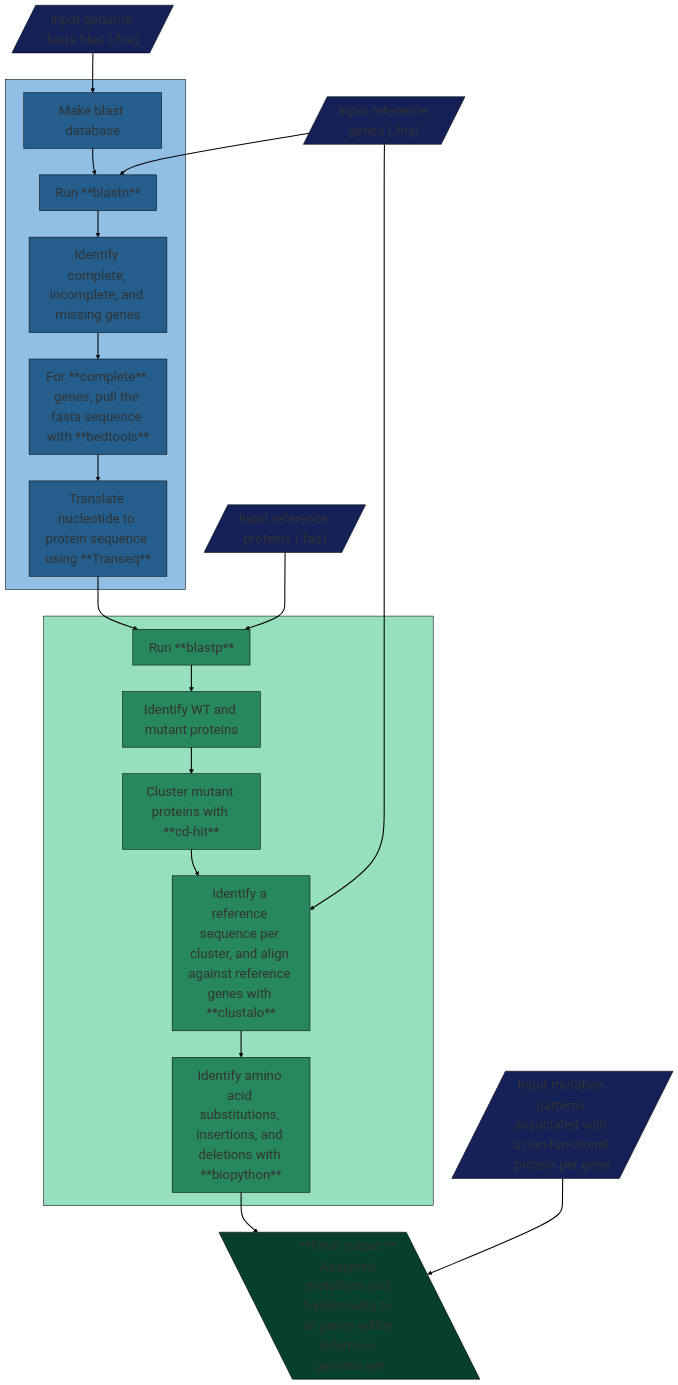
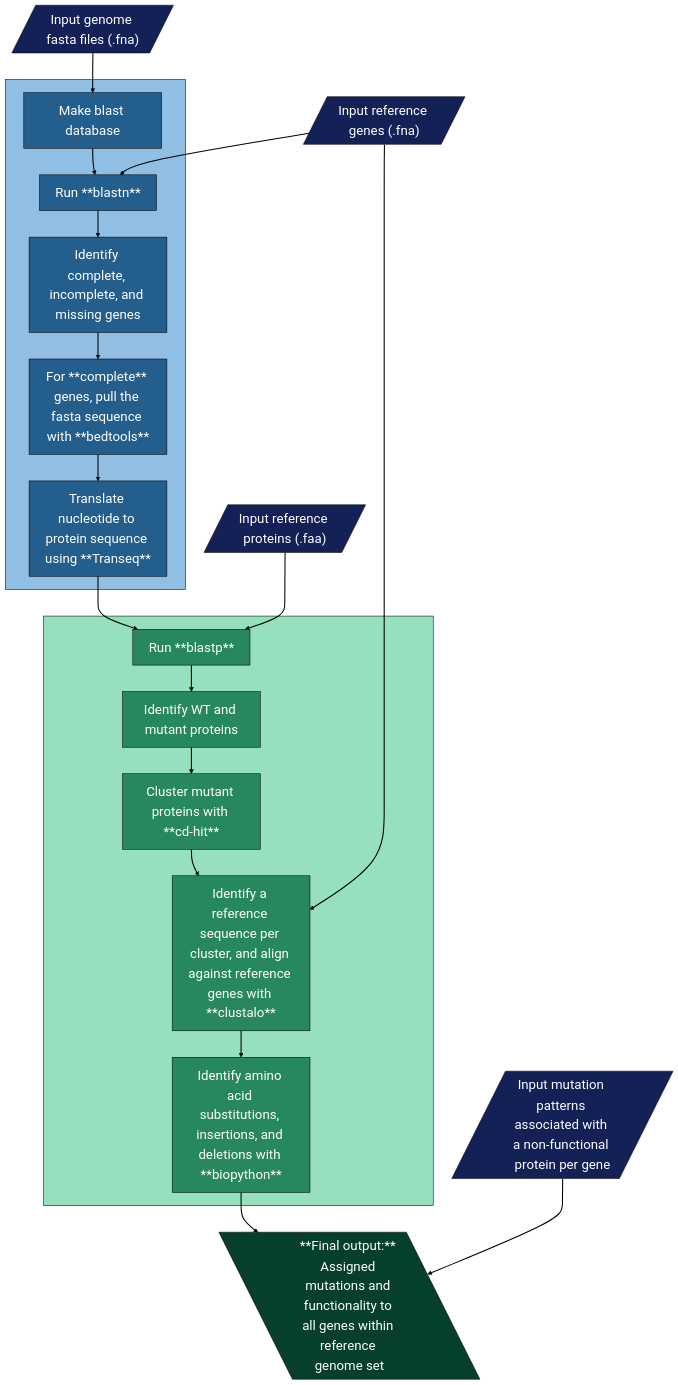
One commit to GaTechBrownLab/Mutant-Calling changed the diagram in README.md. Above: the diagram before and after it, drawn with Mermaid.

Commit message:
Adding mermaid to README

````diff
--- a/README.md
+++ b/README.md
@@ -38,43 +38,43 @@
 ```mermaid
 graph TD;
     id1[/"Input genome fasta files (.fna)"/] ==> id1_1[Make blast database];
     id3[/"Input reference genes (.fna)"/] ==> id2;
     subgraph nuclgraph [" "]
-        id1_1 ==> id2[Run **blastn**];
+        id1_1 ==> id2["Run **blastn**"];
         id2 ==> id6[Identify complete, incomplete, and missing genes];
         id6 ==> id7[For **complete** genes, pull the fasta sequence with **bedtools**];
         id7 ==> id8[Translate nucleotide to protein sequence using **Transeq**]; 
     end
     id4[/"Input reference proteins (.faa)"/] ==> id5[Run **blastp**];
     subgraph protgraph [" "]
         id8 ==> id5;
         id5 ==> id9[Identify WT and mutant proteins];
         id9 ==> id10[Cluster mutant proteins with **cd-hit**];
         id10 ==> id11[Identify a reference sequence per cluster, and align against reference genes with **clustalo**];
         id11 ==> id12[Identify amino acid substitutions, insertions, and deletions with **biopython**]
     end
     id3 ==> id11;
     id12 ==> id13[\"**Final output:** Assigned mutations and functionality to all genes within reference genome set"\]
     id14[/"Input mutation patterns associated with a non-functional protein per gene"/] ==> id13
 
-	classDef nuclsteps fill:#235e8d,font-size:25px,stroke:#000000;
+	classDef nuclsteps fill:#235e8d,font-size:25px,stroke:#000000,color:#FFFFFF;
 	class id1_1,id2,id6,id7,id8 nuclsteps;
 
-    classDef protsteps fill:#28885d,font-size:25px,stroke:#000000;
+    classDef protsteps fill:#28885d,font-size:25px,stroke:#000000,color:#FFFFFF;
 	class id5,id9,id10,id11,id12 protsteps;
 
-    classDef inputs fill:#132157,font-size:25px,stroke:#000000;
+    classDef inputs fill:#132157,font-size:25px,stroke:#000000,color:#FFFFFF;
     class id1,id3,id4,id14 inputs;
 
-    classDef output fill:#06402B,font-size:25px,stroke:#000000;
+    classDef output fill:#06402B,font-size:25px,stroke:#000000,color:#FFFFFF;
     class id13 output;
 
-    classDef nuclgraphcol fill:#91bfe4,font-size:25px,stroke:#000000;
+    classDef nuclgraphcol fill:#91bfe4,font-size:25px,stroke:#000000,color:#FFFFFF;
     class nuclgraph nuclgraphcol;
 
-    classDef protgraphcol fill:#96e0bf,font-size:25px,stroke:#000000;
+    classDef protgraphcol fill:#96e0bf,font-size:25px,stroke:#000000,color:#FFFFFF;
     class protgraph protgraphcol;
 
     linkStyle default stroke:black,stroke-width:2px;
 
 ```
````
